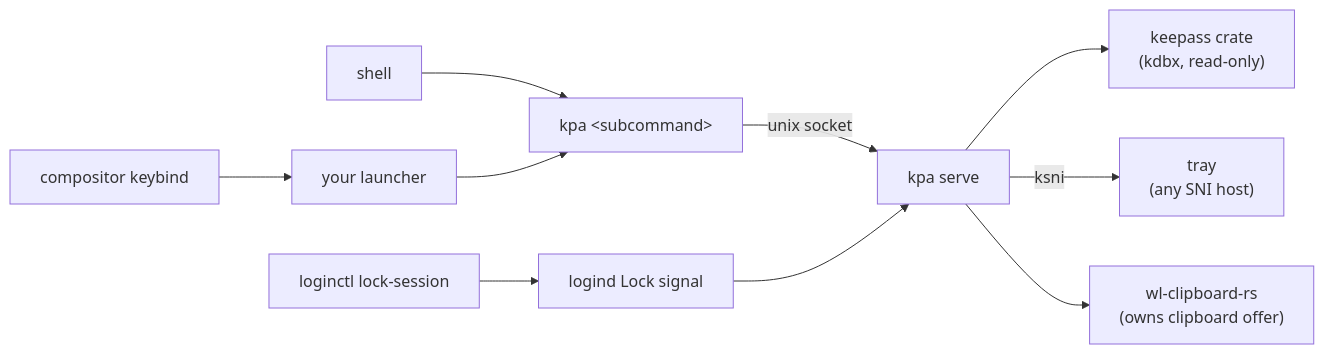
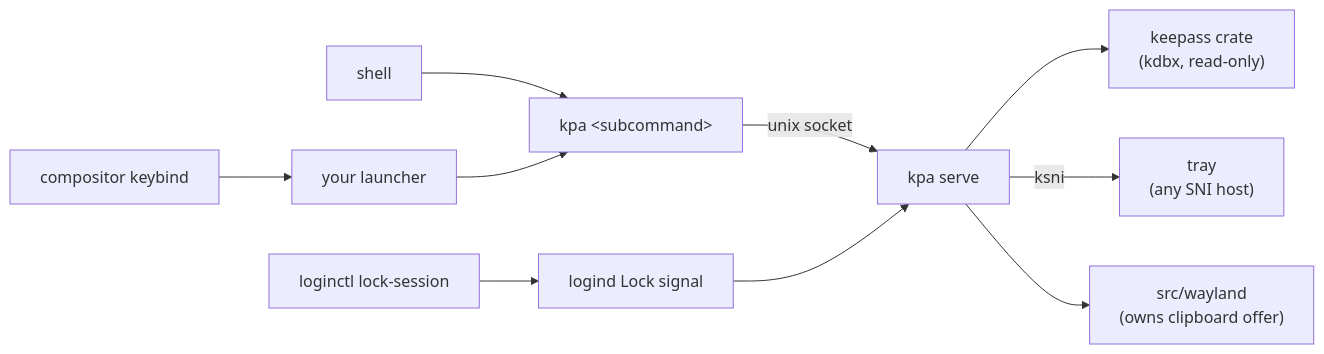
Before and after one commit to n6g7/kpa: the diagram in docs/design.md, drawn with Mermaid. The commit also changed other lines of this file and 16 other files, not shown here.

````diff
--- a/docs/design.md
+++ b/docs/design.md
@@ -45,13 +45,13 @@
 ```mermaid
 graph LR
     keybind["compositor keybind"] --> launcher["your launcher"]
     shell["shell"] --> subcmd
     launcher --> subcmd["kpa &lt;subcommand&gt;"]
     subcmd -->|unix socket| serve["kpa serve"]
 
     lock["loginctl lock-session"] --> signal["logind Lock signal"] --> serve
 
     serve --> keepass["keepass crate<br/>(kdbx, read-only)"]
     serve -->|ksni| tray["tray<br/>(any SNI host)"]
-    serve --> clip["wl-clipboard-rs<br/>(owns clipboard offer)"]
+    serve --> clip["src/wayland<br/>(owns clipboard offer)"]
 ```
````
